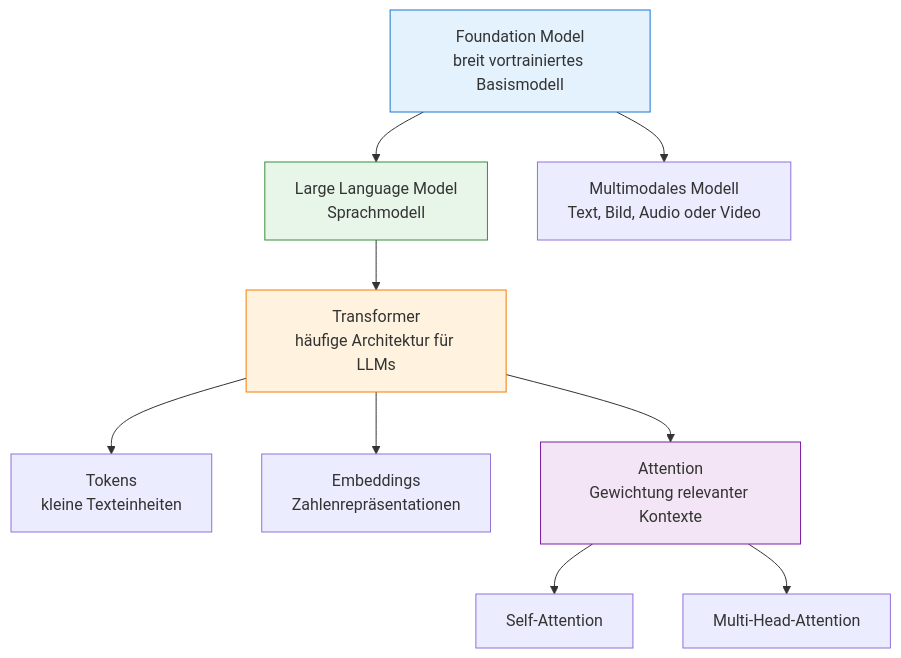
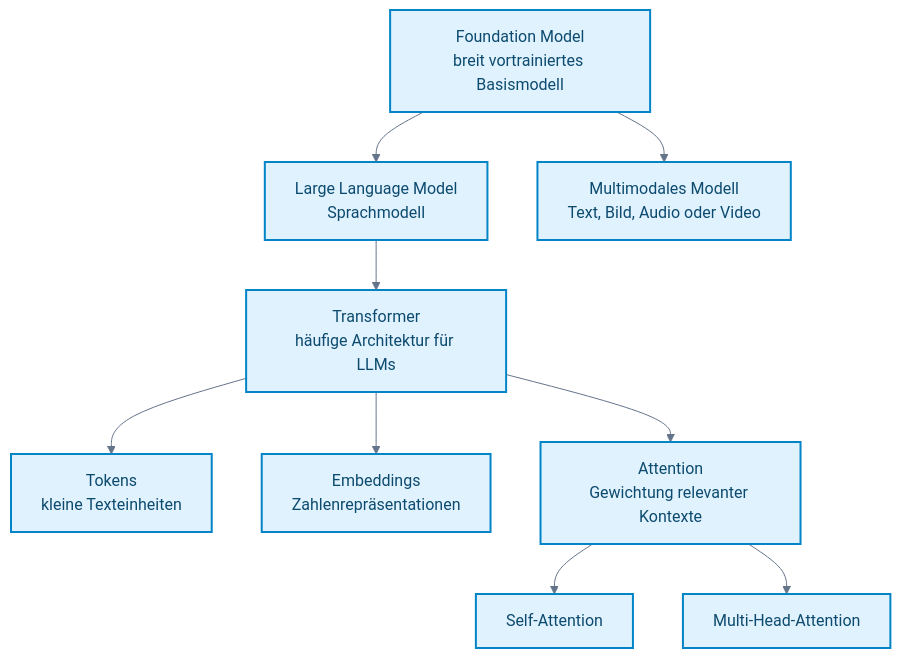
One commit to ralf-42/GenAI changed the first of 2 diagrams in docs/03-grundlagen/large-language-models.md. Above: the diagram before and after it, drawn with Mermaid. The commit also changed other lines of this file and 25 other files, not shown here.

````diff
--- a/docs/03-grundlagen/large-language-models.md
+++ b/docs/03-grundlagen/large-language-models.md
@@ -85,26 +85,41 @@
 ```mermaid
+---
+config:
+  theme: base
+  look: classic
+  themeVariables:
+    primaryColor: '#e0f2fe'
+    primaryBorderColor: '#0284c7'
+    primaryTextColor: '#1e293b'
+    lineColor: '#64748b'
+    clusterBkg: '#f8fafc'
+    clusterBorder: '#cbd5e1'
+    noteBkgColor: '#fef3c7'
+    noteBorderColor: '#d97706'
+    noteTextColor: '#78350f'
+    edgeLabelBackground: '#ffffff'
+---
+
 flowchart TD
     FM[Foundation Model<br>breit vortrainiertes Basismodell]
     LLM[Large Language Model<br>Sprachmodell]
     MM[Multimodales Modell<br>Text, Bild, Audio oder Video]
     TR[Transformer<br>häufige Architektur für LLMs]
     TOK[Tokens<br>kleine Texteinheiten]
     EMB[Embeddings<br>Zahlenrepräsentationen]
     ATT[Attention<br>Gewichtung relevanter Kontexte]
     SELF[Self-Attention]
     MULTI[Multi-Head-Attention]
 
     FM --> LLM
     FM --> MM
     LLM --> TR
     TR --> TOK
     TR --> EMB
     TR --> ATT
     ATT --> SELF
     ATT --> MULTI
 
-    style FM fill:#e3f2fd,stroke:#1976d2
-    style LLM fill:#e8f5e9,stroke:#388e3c
-    style TR fill:#fff3e0,stroke:#f57c00
-    style ATT fill:#f3e5f5,stroke:#7b1fa2
+%% Funktionsfarben nach Mermaid_Best_Practices.md
+classDef default fill:#e0f2fe,stroke:#0284c7,stroke-width:2px,color:#0c4a6e;
 ```
````
